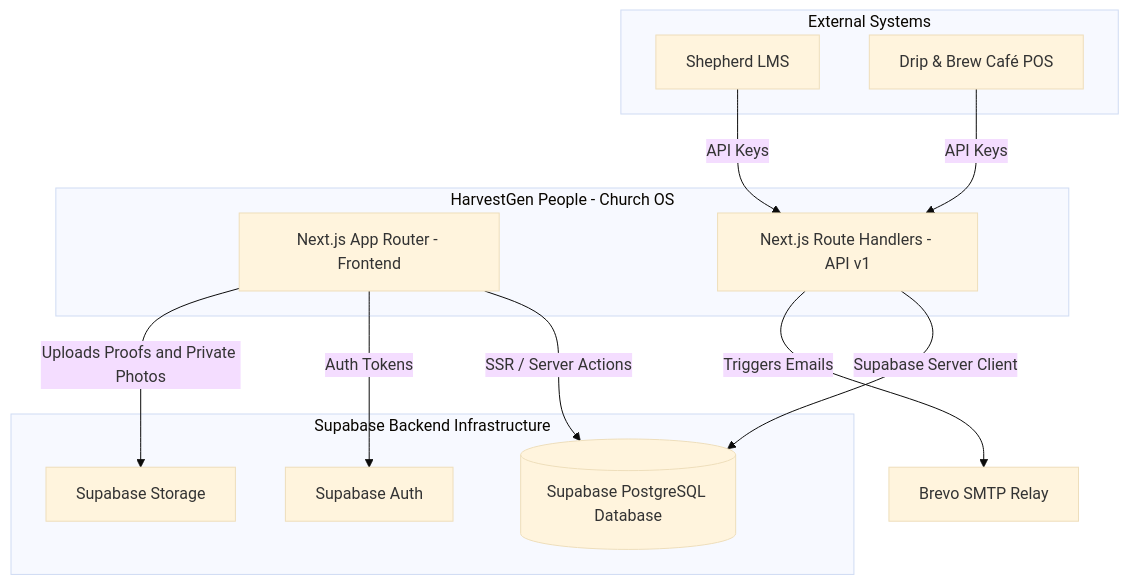
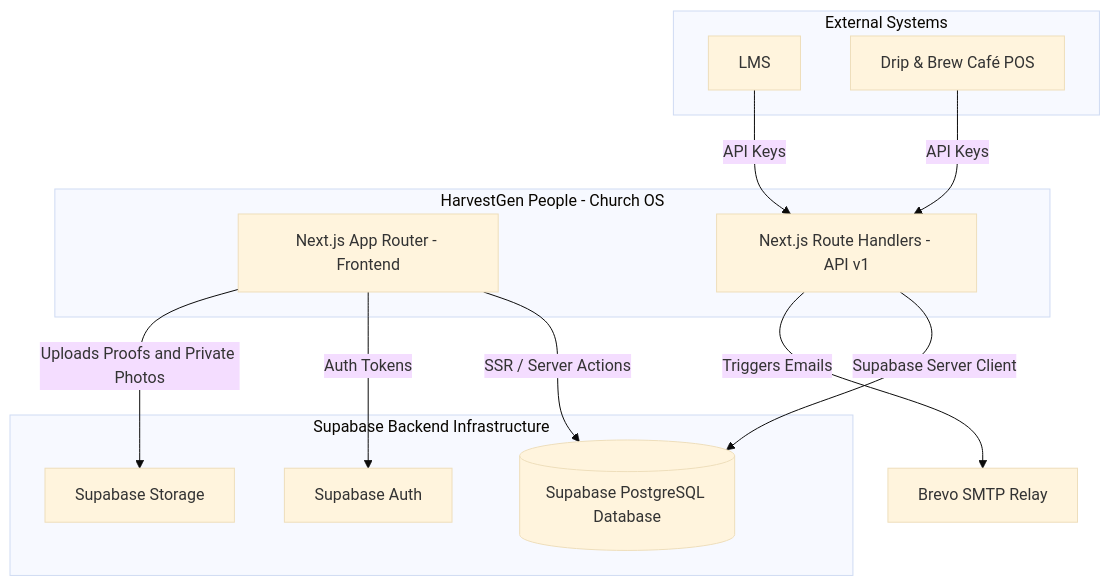
The first of 2 diagrams in README.md (HarvestGen-Dev/People), drawn with Mermaid (base theme) before and after one commit.

````diff
--- a/README.md
+++ b/README.md
@@ -15,28 +15,28 @@
 ```mermaid
 flowchart TD
     subgraph EXT["External Systems"]
-        LMS["Shepherd LMS"]
+        LMS["LMS"]
         POS["Drip & Brew Café POS"]
     end
 
     subgraph HGP["HarvestGen People - Church OS"]
         UI["Next.js App Router - Frontend"]
         API["Next.js Route Handlers - API v1"]
     end
 
     subgraph SUPA["Supabase Backend Infrastructure"]
         DB[("Supabase PostgreSQL Database")]
         Auth["Supabase Auth"]
         Storage["Supabase Storage"]
     end
     
     Email["Brevo SMTP Relay"]
 
     LMS -- "API Keys" --> API
     POS -- "API Keys" --> API
     UI -- "SSR / Server Actions" --> DB
     UI -- "Auth Tokens" --> Auth
     API -- "Supabase Server Client" --> DB
     API -- "Triggers Emails" --> Email
     UI -- "Uploads Proofs and Private Photos" --> Storage
 ```
````
